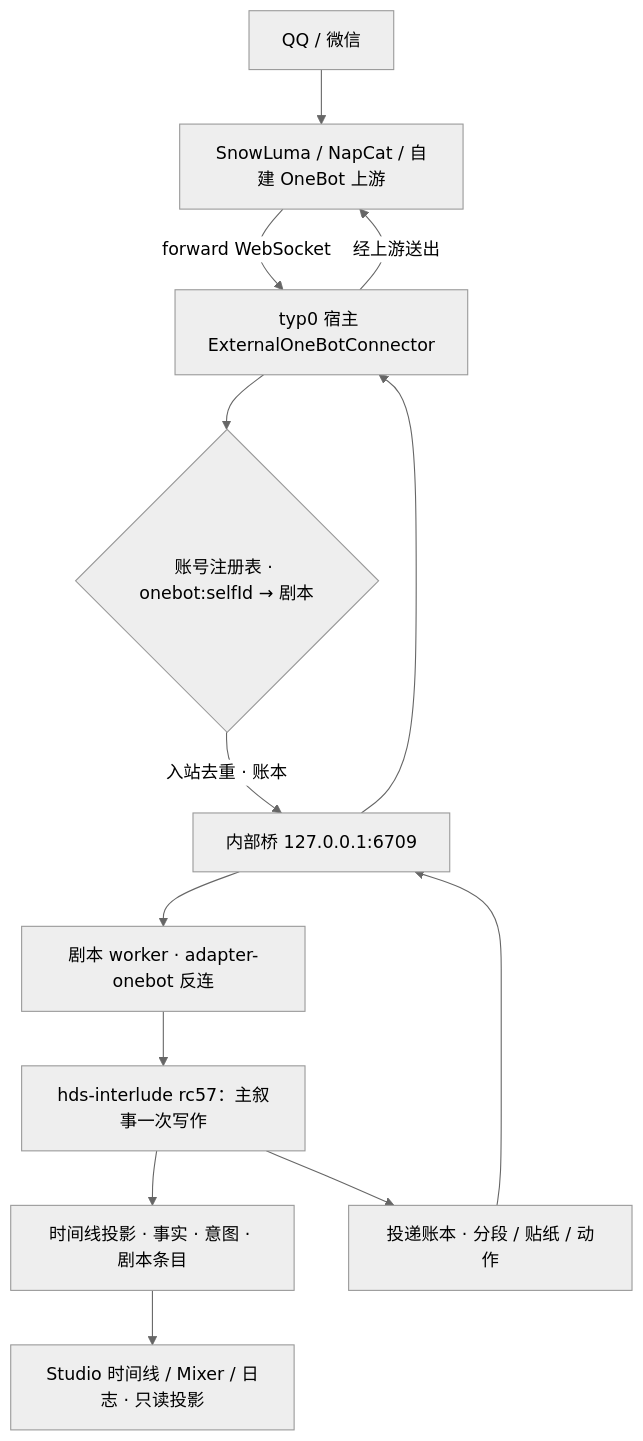
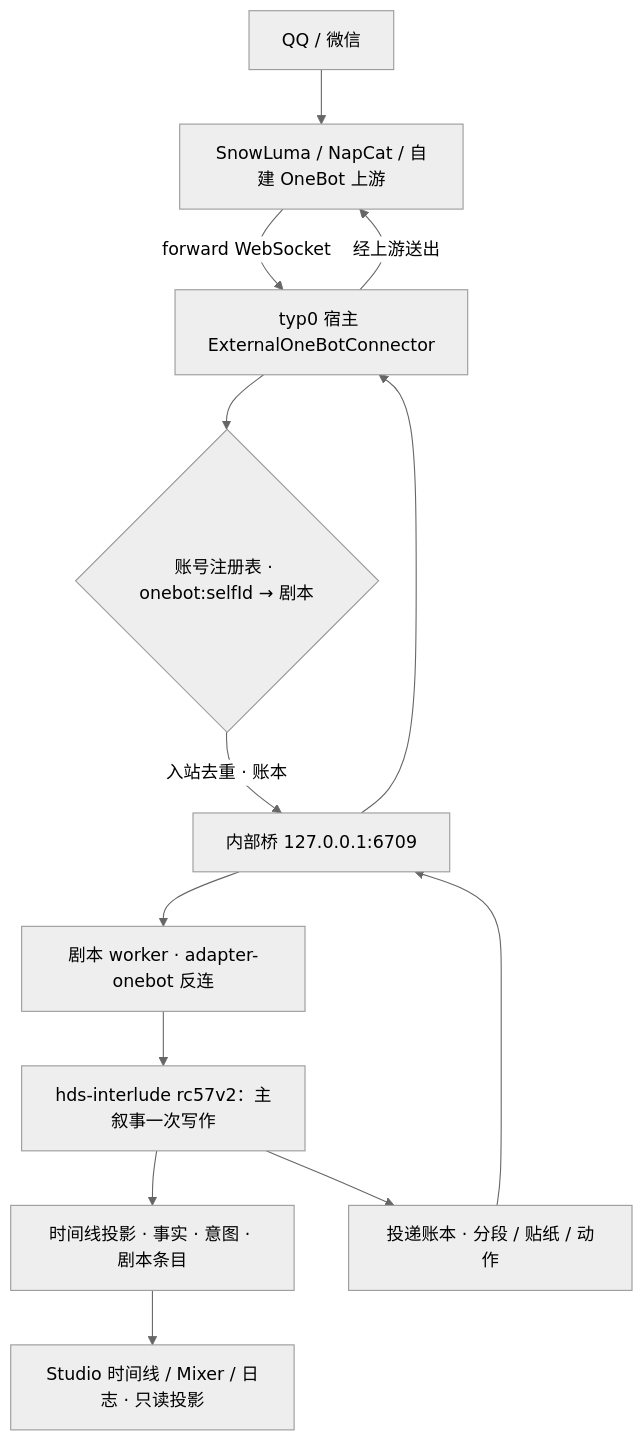
One commit to ISEKAI-MomoiCore/HDS-Interlude-Typ0 changed the diagram in README.md. Above: the diagram before and after it, drawn with Mermaid (neutral theme). The commit also changed other lines of this file and 61 other files, not shown here.

````diff
--- a/README.md
+++ b/README.md
@@ -66,15 +66,15 @@
 ```mermaid
 flowchart TD
     QQ[QQ / 微信] --> SL[SnowLuma / NapCat / 自建 OneBot 上游]
     SL -->|forward WebSocket| H[typ0 宿主 ExternalOneBotConnector]
     H --> R{账号注册表 · onebot:selfId → 剧本}
     R -->|入站去重 · 账本| BR[内部桥 127.0.0.1:6709]
     BR --> W[剧本 worker · adapter-onebot 反连]
-    W --> P[hds-interlude rc57：主叙事一次写作]
+    W --> P[hds-interlude rc57v2：主叙事一次写作]
     P --> TL[时间线投影 · 事实 · 意图 · 剧本条目]
     P --> D[投递账本 · 分段 / 贴纸 / 动作]
     D --> BR
     BR --> H
     H -->|经上游送出| SL
     TL --> S[Studio 时间线 / Mixer / 日志 · 只读投影]
 ```
````
